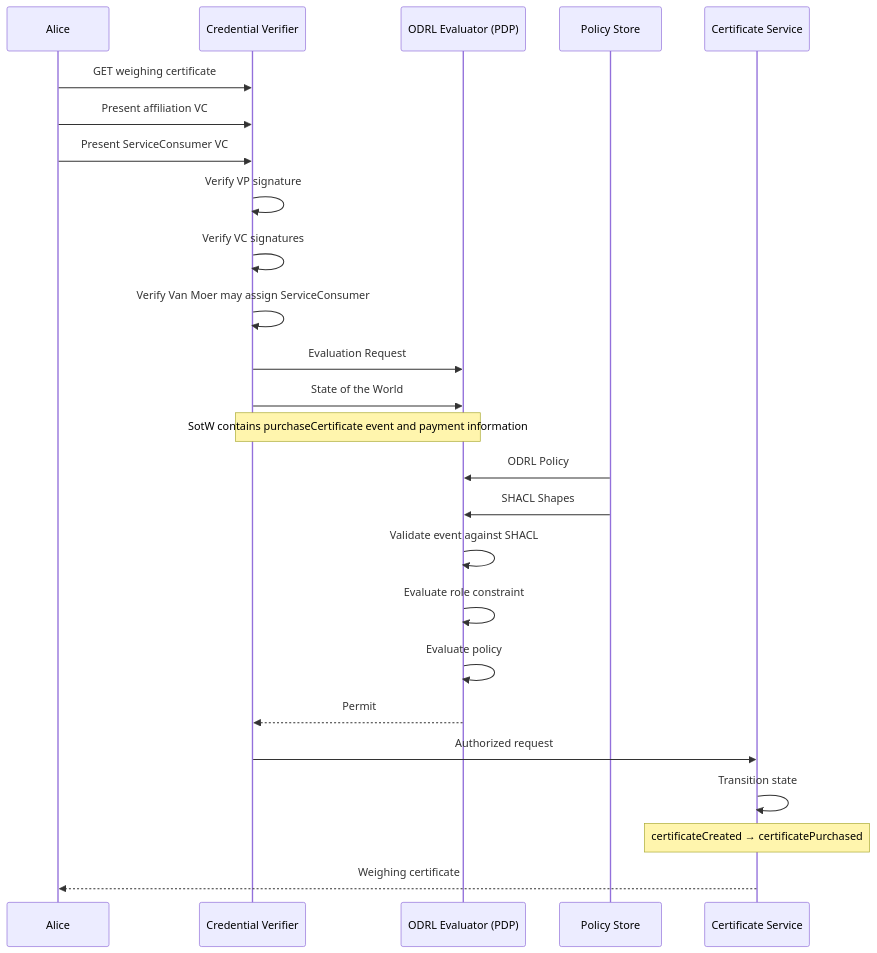
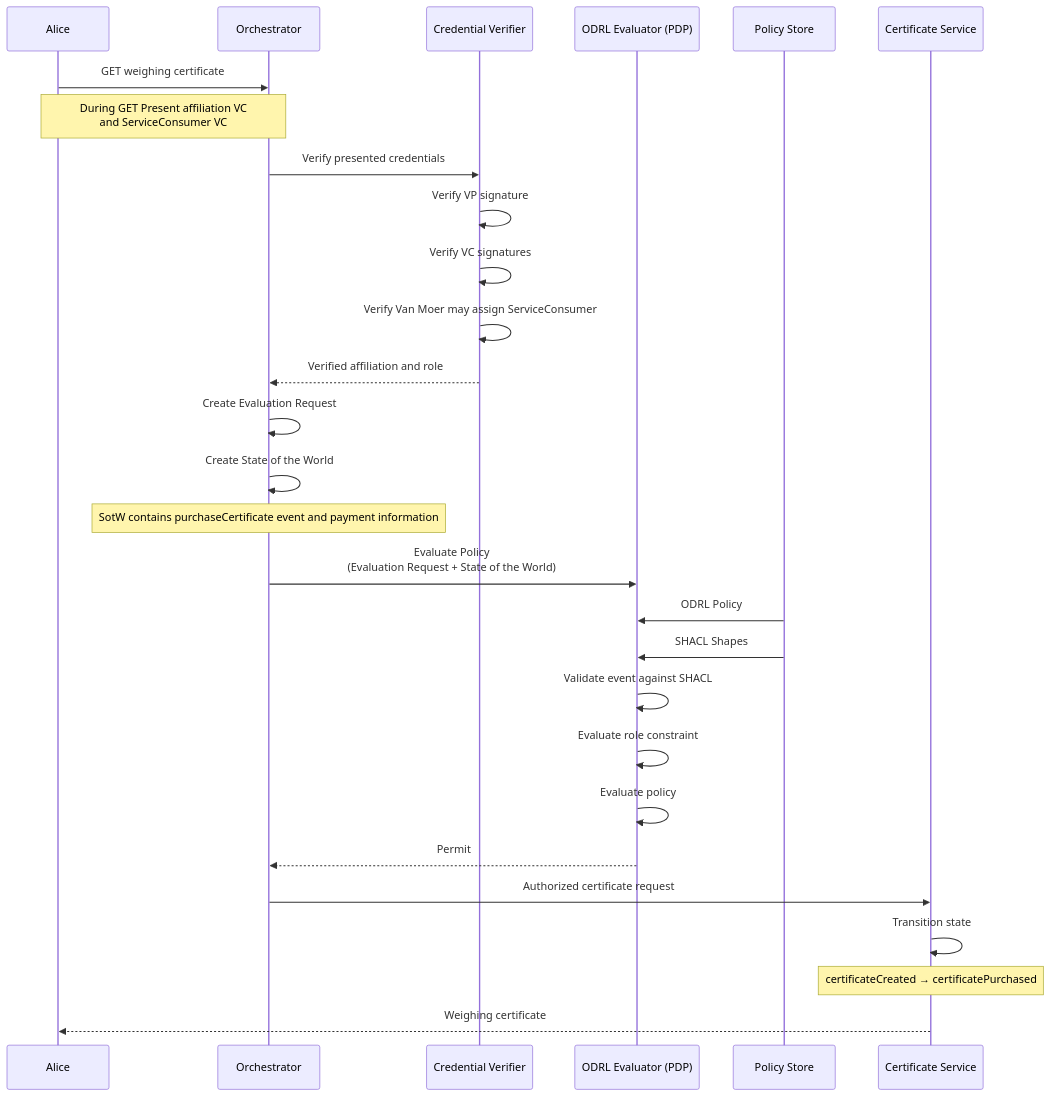
The third of 3 diagrams in README.md (KNowledgeOnWebScale/pilots-demonstrator), drawn with Mermaid before and after one commit. The commit also changed other lines of this file, not shown here.

Commit message:
feat: add diagrams

````diff
--- a/README.md
+++ b/README.md
@@ -98,37 +203,45 @@
 ```mermaid
 sequenceDiagram
 
     participant Alice
+    participant Orch as Orchestrator
     participant CV as Credential Verifier
     participant PDP as ODRL Evaluator (PDP)
     participant Policy as Policy Store
     participant Service as Certificate Service
 
-    Alice->>CV: GET weighing certificate
-    Alice->>CV: Present affiliation VC
-    Alice->>CV: Present ServiceConsumer VC
+    Alice->>Orch: GET weighing certificate
+    Note over Alice,Orch: During GET Present affiliation VC<br> and ServiceConsumer VC
+
+    Orch->>CV: Verify presented credentials
 
     CV->>CV: Verify VP signature
     CV->>CV: Verify VC signatures
     CV->>CV: Verify Van Moer may assign ServiceConsumer
 
-    CV->>PDP: Evaluation Request
-    CV->>PDP: State of the World
-    Note over CV,PDP: SotW contains purchaseCertificate event and payment information
+    CV-->>Orch: Verified affiliation and role
+
+    Orch->>Orch: Create Evaluation Request
+    Orch->>Orch: Create State of the World
+
+    Note over Orch: SotW contains purchaseCertificate event and payment information
+
+    Orch->>PDP: Evaluate Policy<br/>(Evaluation Request + State of the World)
 
     Policy->>PDP: ODRL Policy
     Policy->>PDP: SHACL Shapes
 
     PDP->>PDP: Validate event against SHACL
     PDP->>PDP: Evaluate role constraint
     PDP->>PDP: Evaluate policy
 
-    PDP-->>CV: Permit
+    PDP-->>Orch: Permit
 
-    CV->>Service: Authorized request
+    Orch->>Service: Authorized certificate request
 
     Service->>Service: Transition state
+
     Note over Service: certificateCreated → certificatePurchased
 
     Service-->>Alice: Weighing certificate
 ```
````
